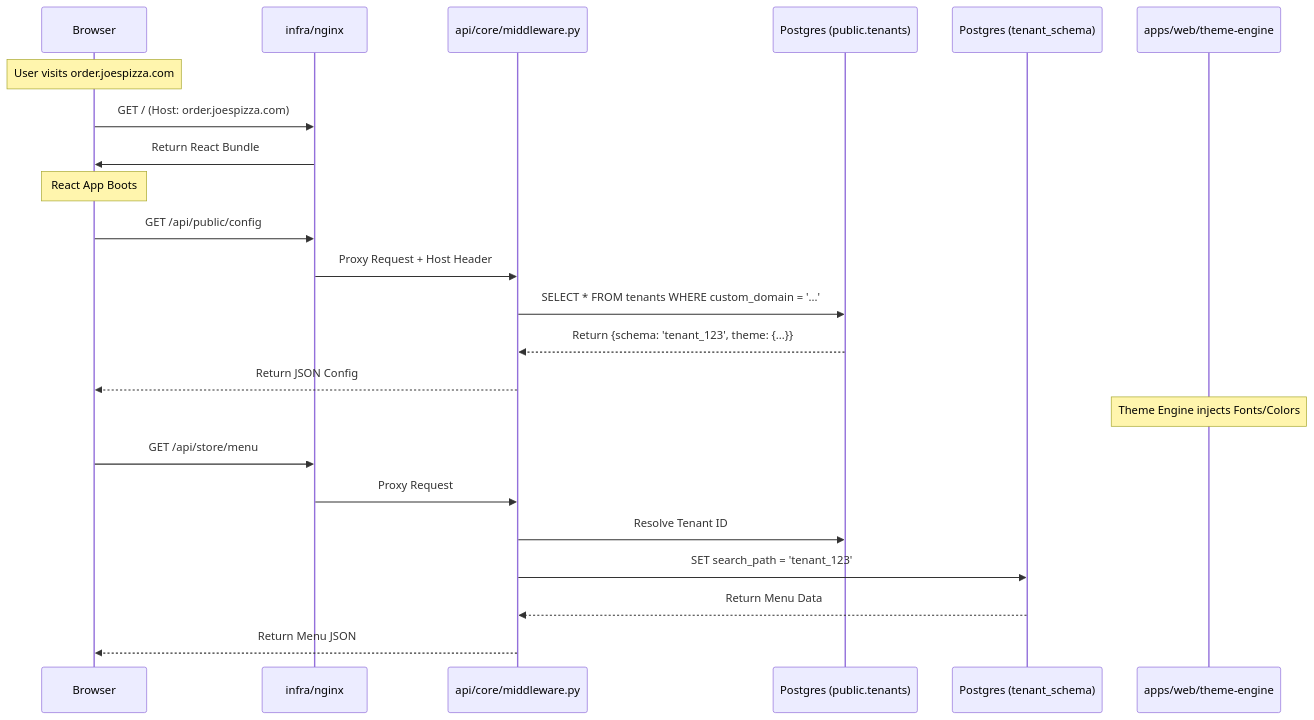
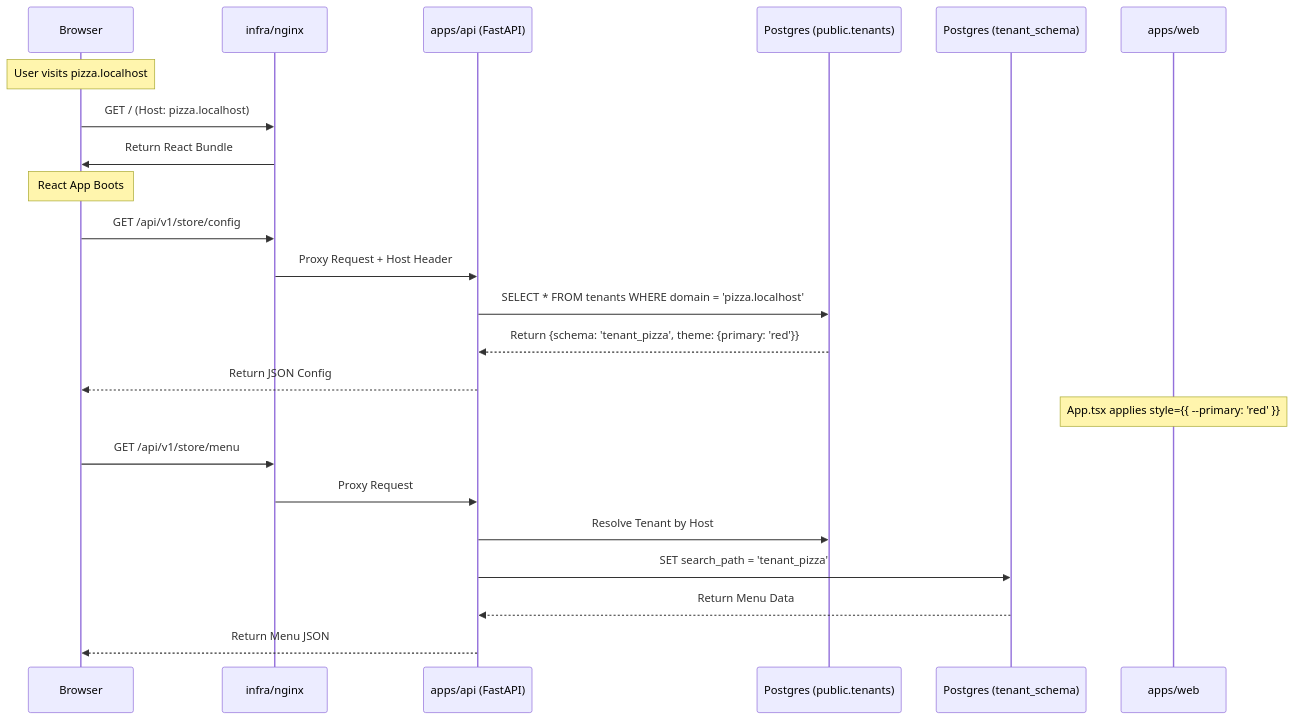
Before and after one commit to Jessevdz/stelly: the diagram in docs/tdd.md, drawn with Mermaid. The commit also changed other lines of this file and 1 other file, not shown here.

````diff
--- a/docs/tdd.md
+++ b/docs/tdd.md
@@ -132,32 +130,32 @@
 ```mermaid
 sequenceDiagram
     participant Browser
     participant Nginx as infra/nginx
-    participant Middleware as api/core/middleware.py
+    participant API as apps/api (FastAPI)
     participant DB as Postgres (public.tenants)
     participant Schema as Postgres (tenant_schema)
-    participant React as apps/web/theme-engine
+    participant React as apps/web
 
-    Note over Browser: User visits order.joespizza.com
+    Note over Browser: User visits pizza.localhost
 
-    Browser->>Nginx: GET / (Host: order.joespizza.com)
+    Browser->>Nginx: GET / (Host: pizza.localhost)
     Nginx->>Browser: Return React Bundle
 
     Note over Browser: React App Boots
 
-    Browser->>Nginx: GET /api/public/config
-    Nginx->>Middleware: Proxy Request + Host Header
-    Middleware->>DB: SELECT * FROM tenants WHERE custom_domain = '...'
-    DB-->>Middleware: Return {schema: 'tenant_123', theme: {...}}
-    Middleware-->>Browser: Return JSON Config
+    Browser->>Nginx: GET /api/v1/store/config
+    Nginx->>API: Proxy Request + Host Header
+    API->>DB: SELECT * FROM tenants WHERE domain = 'pizza.localhost'
+    DB-->>API: Return {schema: 'tenant_pizza', theme: {primary: 'red'}}
+    API-->>Browser: Return JSON Config
 
-    Note over React: Theme Engine injects Fonts/Colors
+    Note over React: App.tsx applies style={{ --primary: 'red' }}
 
-    Browser->>Nginx: GET /api/store/menu
-    Nginx->>Middleware: Proxy Request
-    Middleware->>DB: Resolve Tenant ID
-    Middleware->>Schema: SET search_path = 'tenant_123'
-    Schema-->>Middleware: Return Menu Data
-    Middleware-->>Browser: Return Menu JSON
+    Browser->>Nginx: GET /api/v1/store/menu
+    Nginx->>API: Proxy Request
+    API->>DB: Resolve Tenant by Host
+    API->>Schema: SET search_path = 'tenant_pizza'
+    Schema-->>API: Return Menu Data
+    API-->>Browser: Return Menu JSON
 
 ```
````
